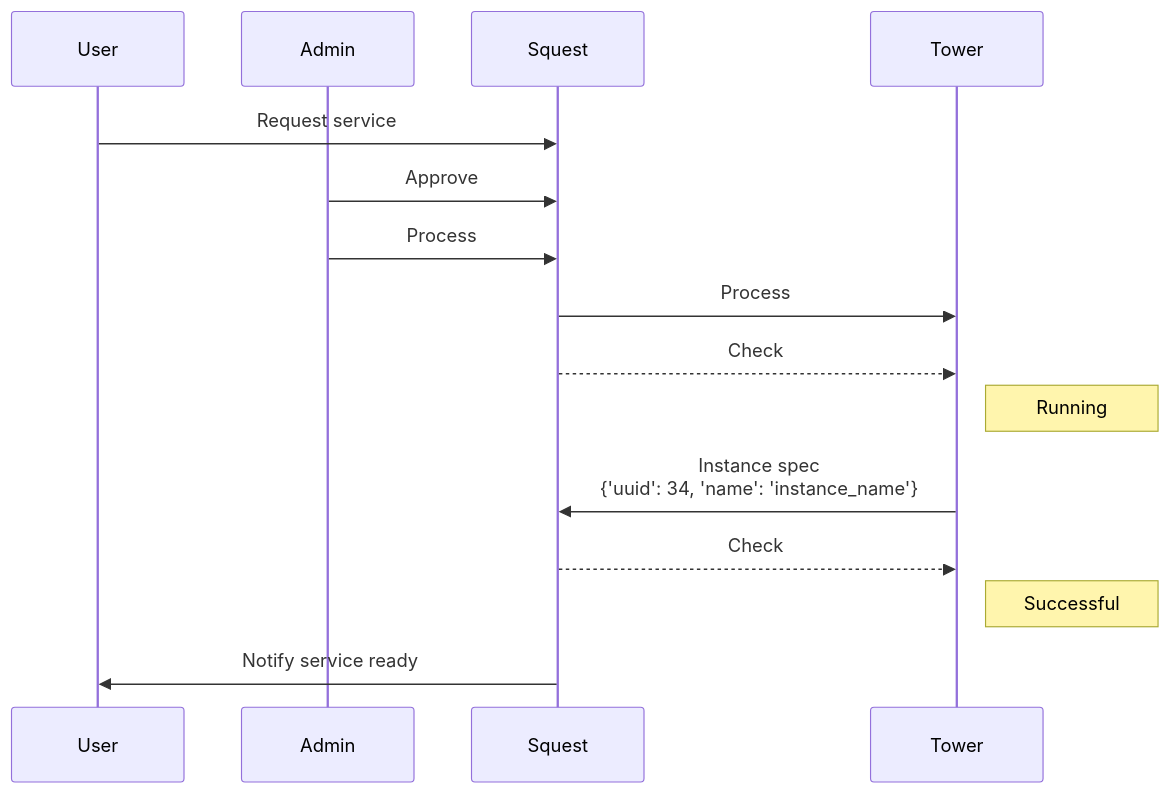
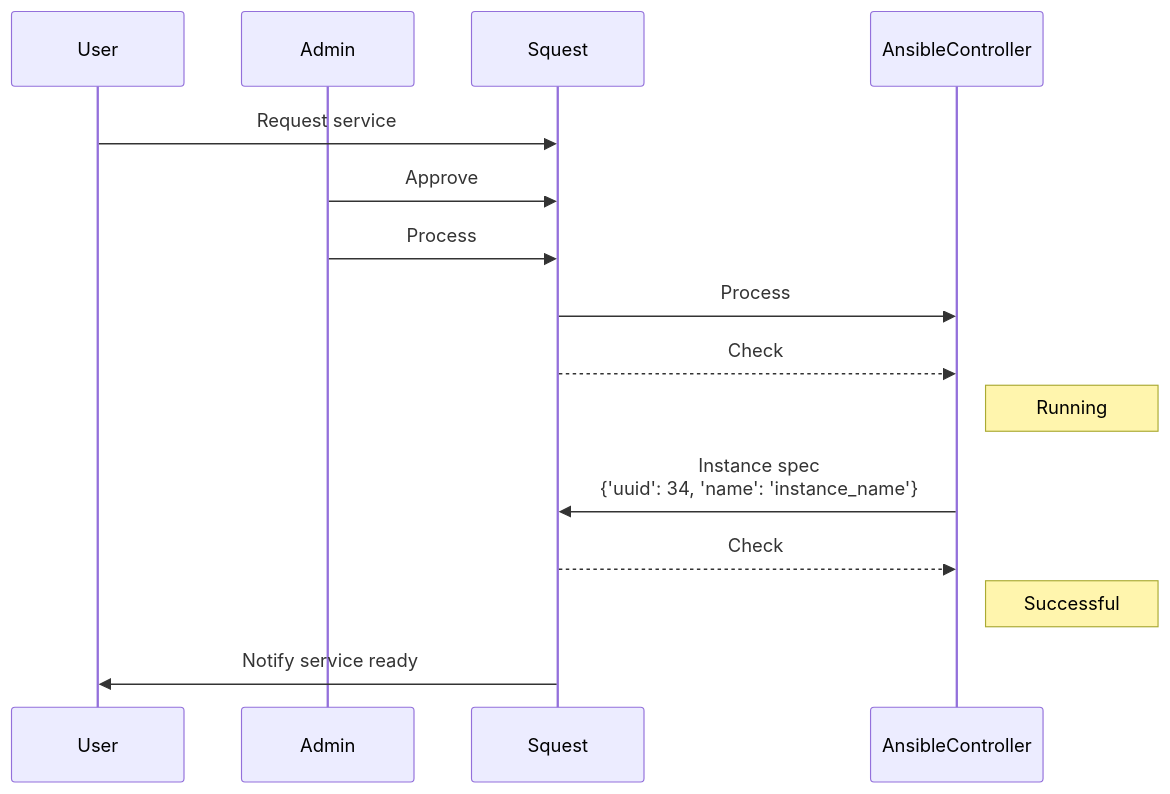
One commit to HewlettPackard/squest changed the first of 2 diagrams in docs/manual/service_catalog/concept.md. Above: the diagram before and after it, drawn with Mermaid. The commit also changed other lines of this file and 122 other files, not shown here.

Commit message:
Rename Tower to AnsibleController

````diff
--- a/docs/manual/service_catalog/concept.md
+++ b/docs/manual/service_catalog/concept.md
@@ -19,17 +19,17 @@
 ```mermaid
 sequenceDiagram
     participant User
     participant Admin
     participant Squest
-    participant Tower
+    participant AnsibleController
     User->>Squest: Request service
     Admin->>Squest: Approve
     Admin->>Squest: Process
-    Squest->>Tower: Process
-    Squest-->>Tower: Check
-    Note right of Tower: Running
-    Tower->>Squest: Instance spec <br> {'uuid': 34, 'name': 'instance_name'}
-    Squest-->>Tower: Check
-    Note right of Tower: Successful    
+    Squest->>AnsibleController: Process
+    Squest-->>AnsibleController: Check
+    Note right of AnsibleController: Running
+    AnsibleController->>Squest: Instance spec <br> {'uuid': 34, 'name': 'instance_name'}
+    Squest-->>AnsibleController: Check
+    Note right of AnsibleController: Successful    
     Squest->>User: Notify service ready
 ```
````
